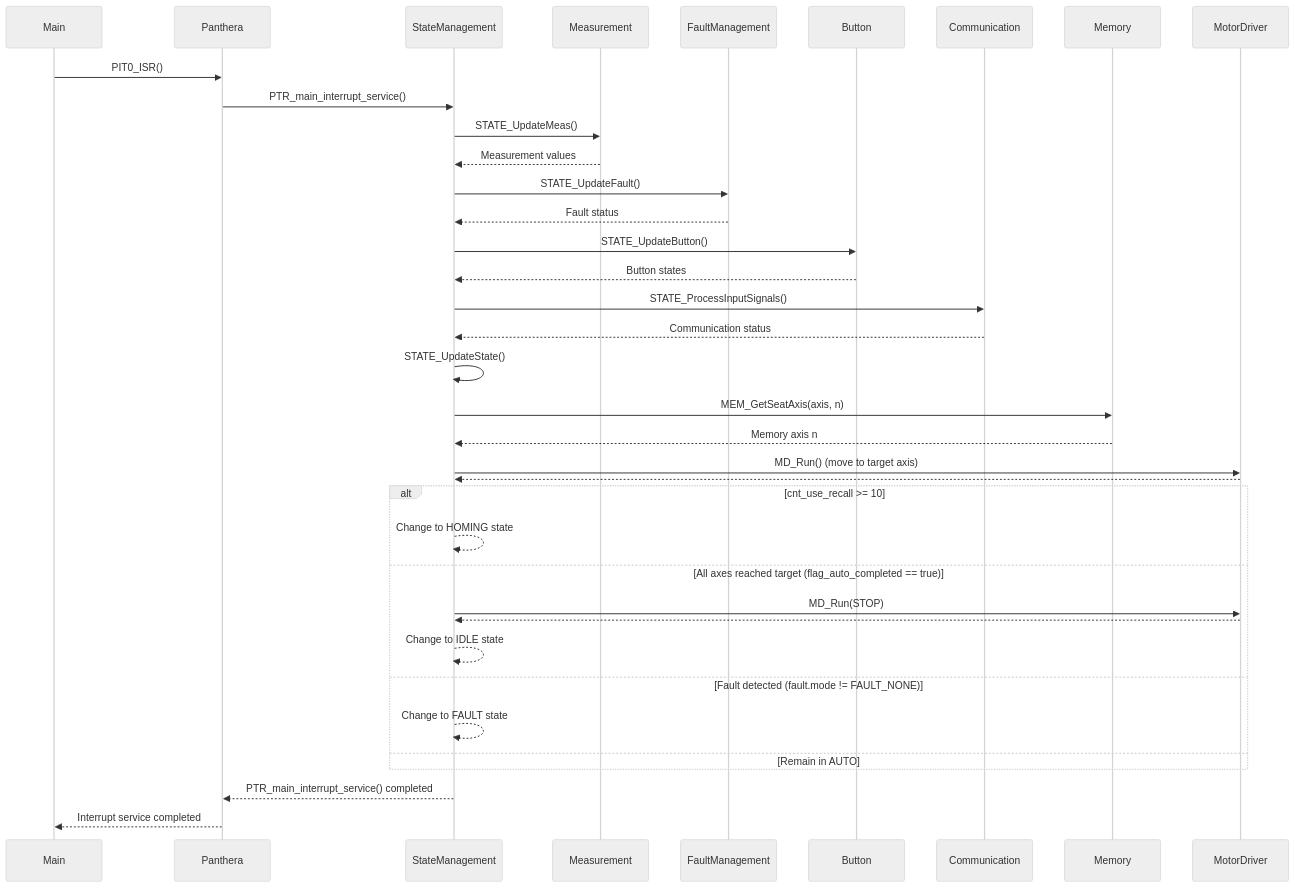
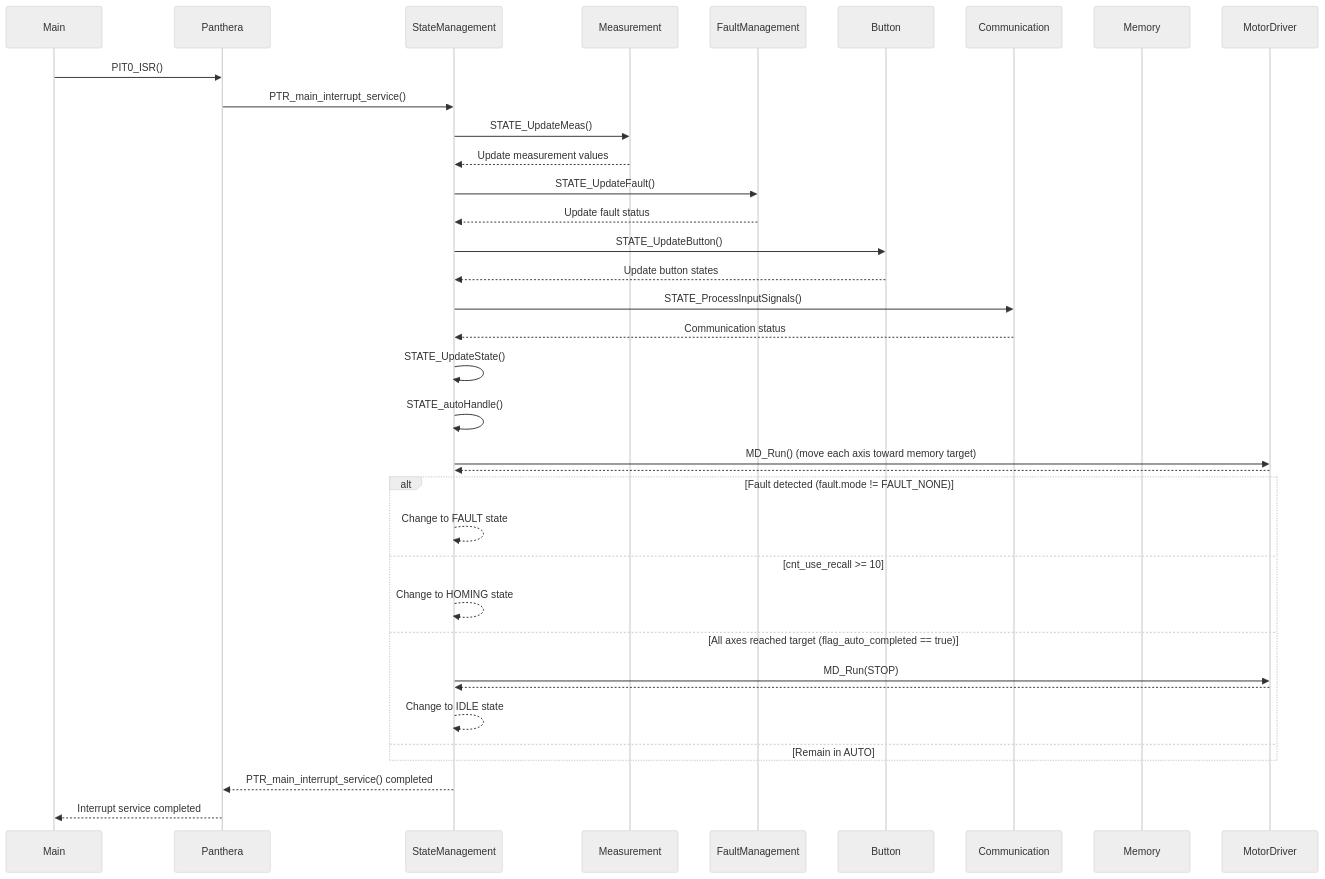
Before and after one commit to lab-vncommic/PantheraProject: the diagram in Document/DetailState/State_Auto.md, drawn with Mermaid (neutral theme). The commit also changed 11 other files, not shown here.

````diff
--- a/Document/DetailState/State_Auto.md
+++ b/Document/DetailState/State_Auto.md
@@ -1,49 +1,41 @@
 ```mermaid
 sequenceDiagram
     participant Main as Main
     participant App as Panthera
     participant State as StateManagement
     participant Meas as Measurement
     participant Fault as FaultManagement
     participant Btn as Button
     participant Comm as Communication
     participant Mem as Memory
     participant Motor as MotorDriver
 
     Main->>App: PIT0_ISR()
     App->>State: PTR_main_interrupt_service()
     State->>Meas: STATE_UpdateMeas()
-    Meas-->>State: Measurement values
-
+    Meas-->>State: Update measurement values
     State->>Fault: STATE_UpdateFault()
-    Fault-->>State: Fault status
-
+    Fault-->>State: Update fault status
     State->>Btn: STATE_UpdateButton()
-    Btn-->>State: Button states
-
+    Btn-->>State: Update button states
     State->>Comm: STATE_ProcessInputSignals()
     Comm-->>State: Communication status
-
     State->>State: STATE_UpdateState()
 
     %% AUTO state logic
-    State->>Mem: MEM_GetSeatAxis(axis, n)
-    Mem-->>State: Memory axis n
-
-    State->>Motor: MD_Run() (move to target axis)
+    State->>State: STATE_autoHandle()
+    State->>Motor: MD_Run() (move each axis toward memory target)
     Motor-->>State:
-
-    alt cnt_use_recall >= 10
+    alt Fault detected (fault.mode != FAULT_NONE)
+        State-->>State: Change to FAULT state
+    else cnt_use_recall >= 10
         State-->>State: Change to HOMING state
     else All axes reached target (flag_auto_completed == true)
         State->>Motor: MD_Run(STOP)
         Motor-->>State:
         State-->>State: Change to IDLE state
-    else Fault detected (fault.mode != FAULT_NONE)
-        State-->>State: Change to FAULT state
     else Remain in AUTO
     end
-
     State-->>App: PTR_main_interrupt_service() completed
     App-->>Main: Interrupt service completed
 ```
````
